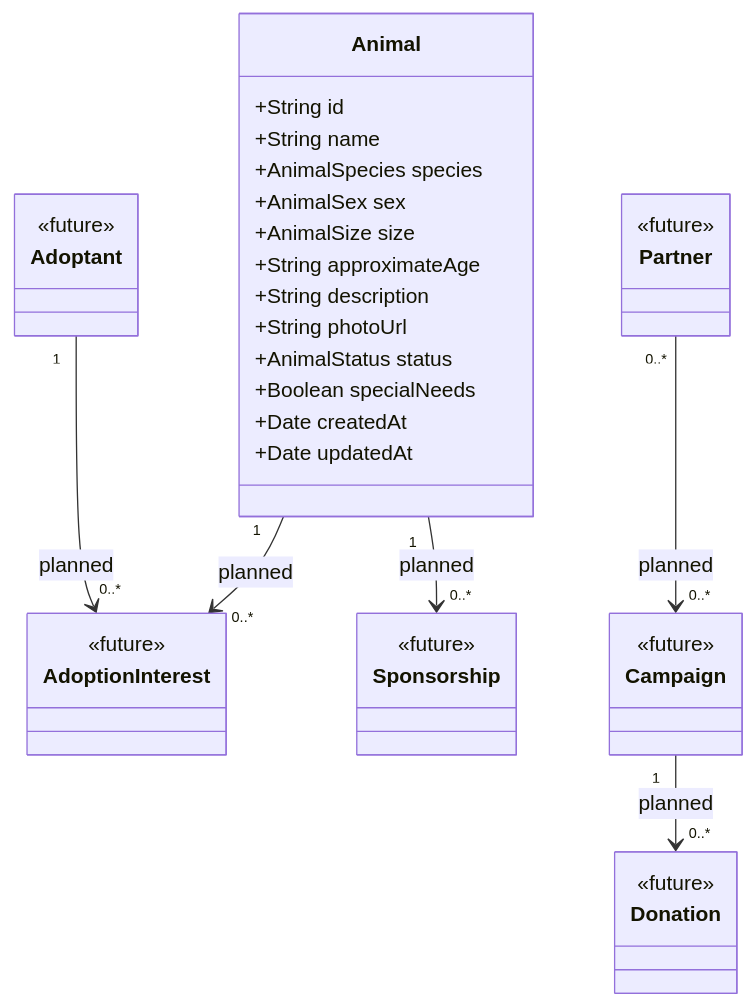
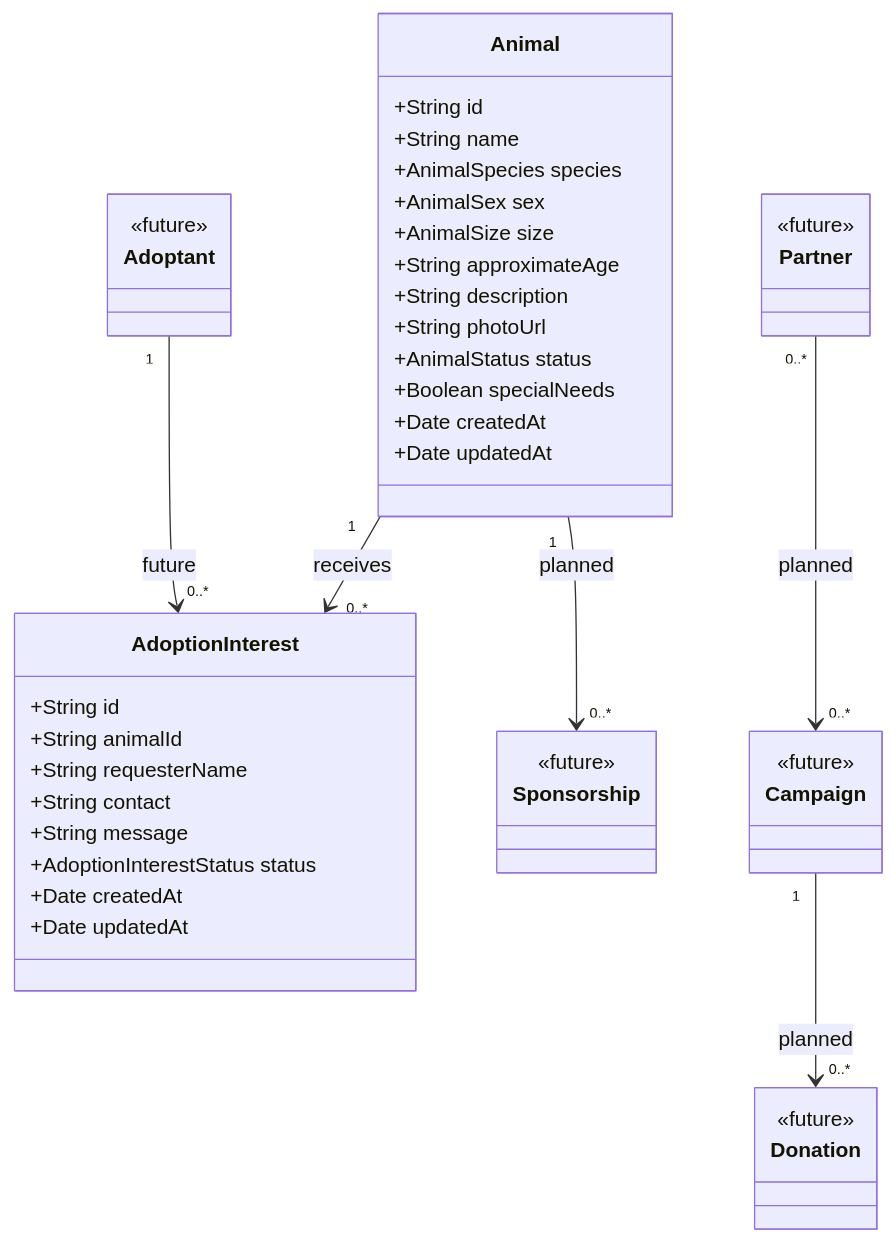
Before and after one commit to californi/anjos-de-resgate-platform: the diagram in diagrams/modelo-dominio-inicial.mmd, drawn with Mermaid. The commit also changed 69 other files, not shown here.

```diff
--- a/diagrams/modelo-dominio-inicial.mmd
+++ b/diagrams/modelo-dominio-inicial.mmd
@@ -1,45 +1,52 @@
 classDiagram
   class Animal {
     +String id
     +String name
     +AnimalSpecies species
     +AnimalSex sex
     +AnimalSize size
     +String approximateAge
     +String description
     +String photoUrl
     +AnimalStatus status
     +Boolean specialNeeds
     +Date createdAt
     +Date updatedAt
   }
 
   class Adoptant {
     <<future>>
   }
 
   class AdoptionInterest {
-    <<future>>
+    +String id
+    +String animalId
+    +String requesterName
+    +String contact
+    +String message
+    +AdoptionInterestStatus status
+    +Date createdAt
+    +Date updatedAt
   }
 
   class Donation {
     <<future>>
   }
 
   class Sponsorship {
     <<future>>
   }
 
   class Campaign {
     <<future>>
   }
 
   class Partner {
     <<future>>
   }
 
-  Adoptant "1" --> "0..*" AdoptionInterest : planned
-  Animal "1" --> "0..*" AdoptionInterest : planned
+  Adoptant "1" --> "0..*" AdoptionInterest : future
+  Animal "1" --> "0..*" AdoptionInterest : receives
   Animal "1" --> "0..*" Sponsorship : planned
   Campaign "1" --> "0..*" Donation : planned
   Partner "0..*" --> "0..*" Campaign : planned
```
